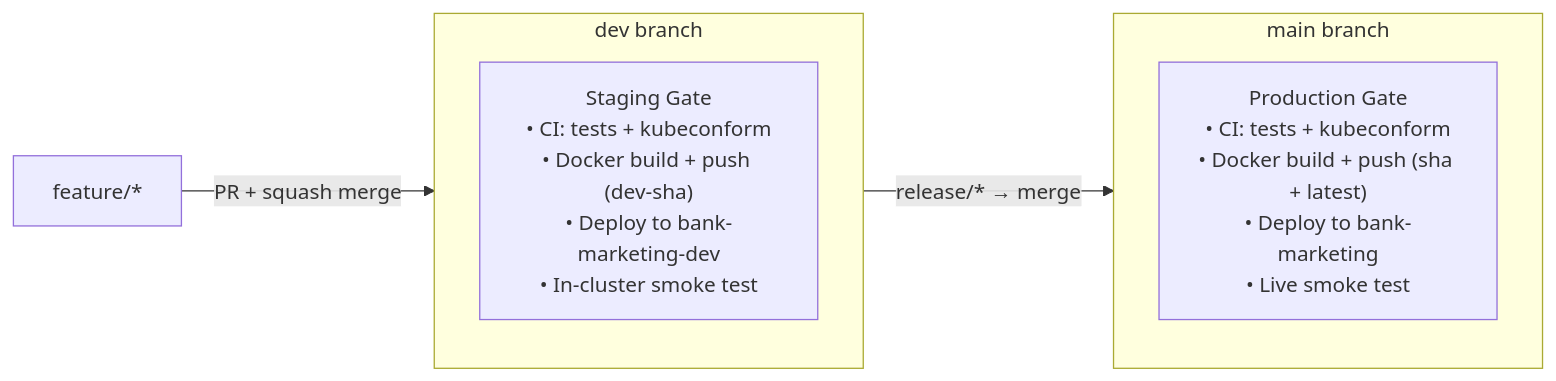
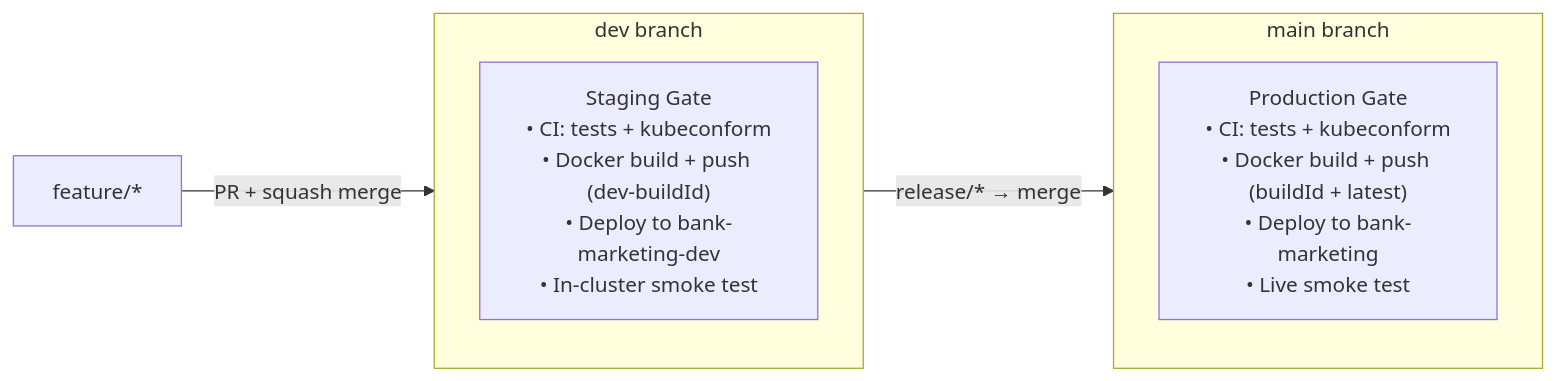
The second of 4 diagrams in docs/git-workflow.md (Annemarie-Bester/marketing-model-mlops-azure), drawn with Mermaid before and after one commit. The commit also changed other lines of this file and 8 other files, not shown here.

````diff
--- a/docs/git-workflow.md
+++ b/docs/git-workflow.md
@@ -54,13 +54,13 @@
 ```mermaid
 flowchart LR
     subgraph dev["dev branch"]
-        D_GATE["Staging Gate\n• CI: tests + kubeconform\n• Docker build + push (dev-sha)\n• Deploy to bank-marketing-dev\n• In-cluster smoke test"]
+        D_GATE["Staging Gate\n• CI: tests + kubeconform\n• Docker build + push (dev-buildId)\n• Deploy to bank-marketing-dev\n• In-cluster smoke test"]
     end
 
     subgraph main["main branch"]
-        M_GATE["Production Gate\n• CI: tests + kubeconform\n• Docker build + push (sha + latest)\n• Deploy to bank-marketing\n• Live smoke test"]
+        M_GATE["Production Gate\n• CI: tests + kubeconform\n• Docker build + push (buildId + latest)\n• Deploy to bank-marketing\n• Live smoke test"]
     end
 
     feature["feature/*"] -->|"PR + squash merge"| dev
     dev -->|"release/* → merge"| main
 ```
````
